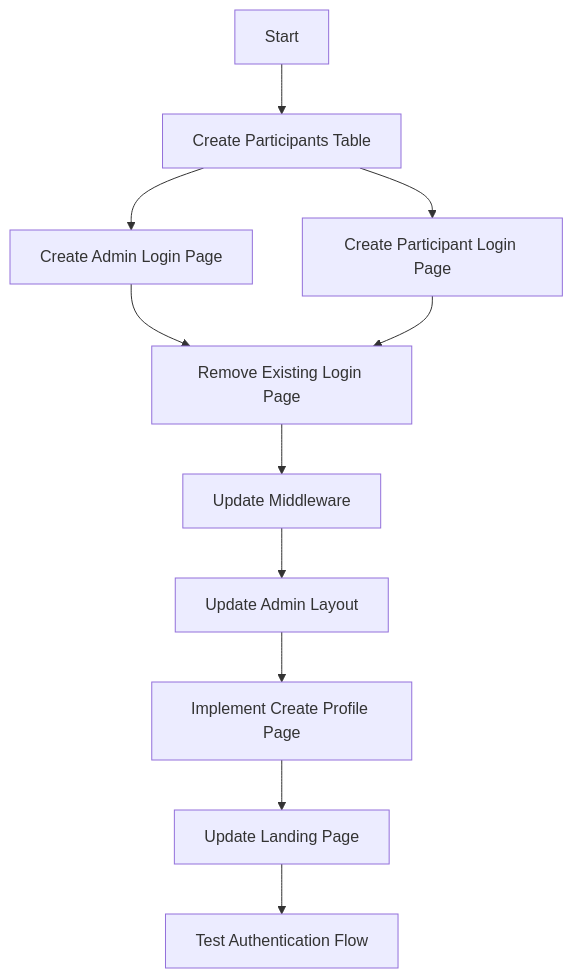
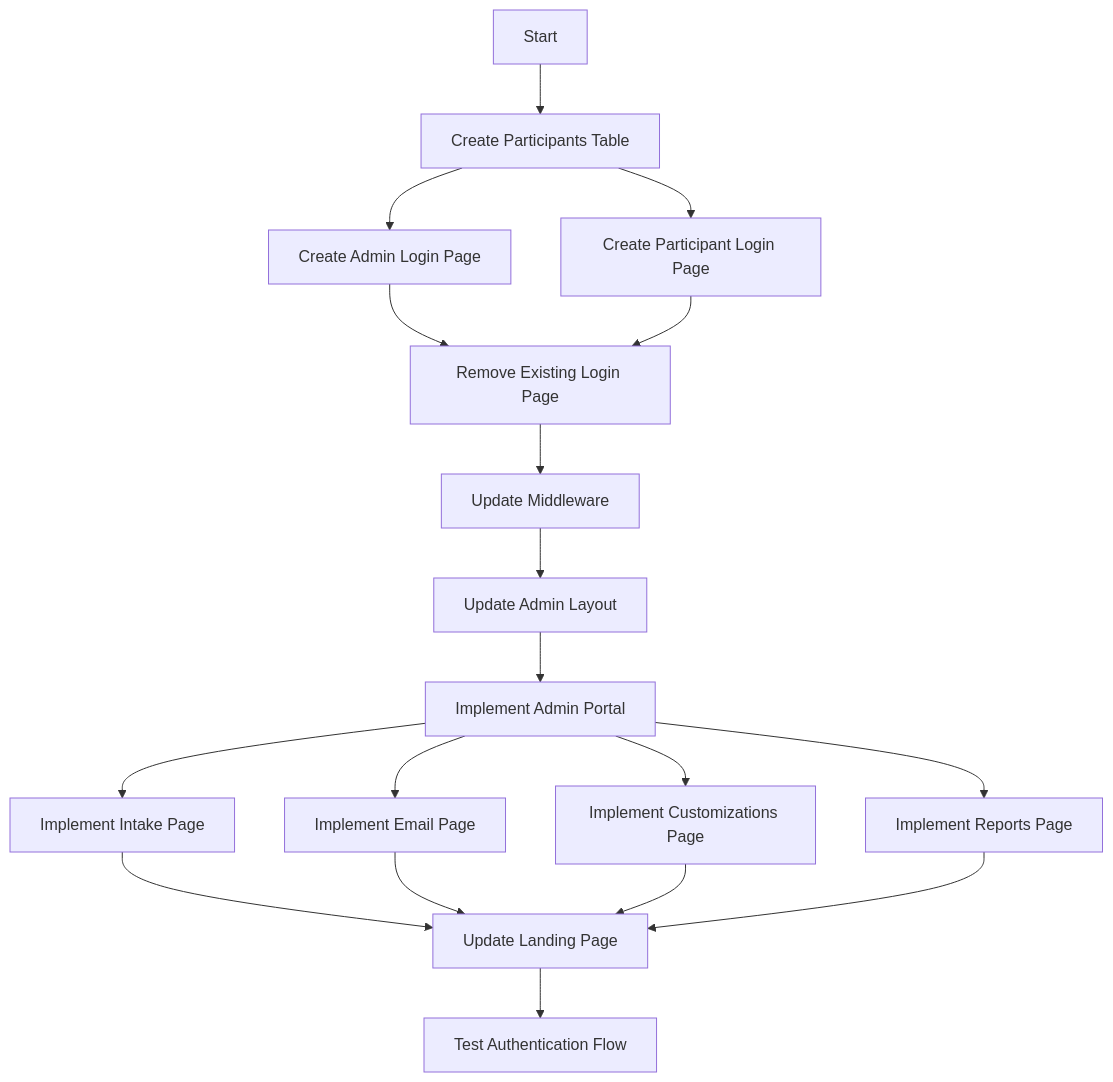
The first of 2 diagrams in implementation-plan-auth-redesign.md (solasoy/oasis-app), drawn with Mermaid before and after one commit. The commit also changed other lines of this file and 31 other files, not shown here.

````diff
--- a/implementation-plan-auth-redesign.md
+++ b/implementation-plan-auth-redesign.md
@@ -7,13 +7,20 @@
 ```mermaid
 flowchart TD
     A[Start] --> B[Create Participants Table]
     B --> C[Create Admin Login Page]
     B --> D[Create Participant Login Page]
     C --> E[Remove Existing Login Page]
     D --> E
     E --> F[Update Middleware]
     F --> G[Update Admin Layout]
-    G --> H[Implement Create Profile Page]
-    H --> I[Update Landing Page]
-    I --> J[Test Authentication Flow]
+    G --> H[Implement Admin Portal]
+    H --> I[Implement Intake Page]
+    H --> J[Implement Email Page]
+    H --> K[Implement Customizations Page]
+    H --> L[Implement Reports Page]
+    I --> M[Update Landing Page]
+    J --> M
+    K --> M
+    L --> M
+    M --> N[Test Authentication Flow]
 ```
````
